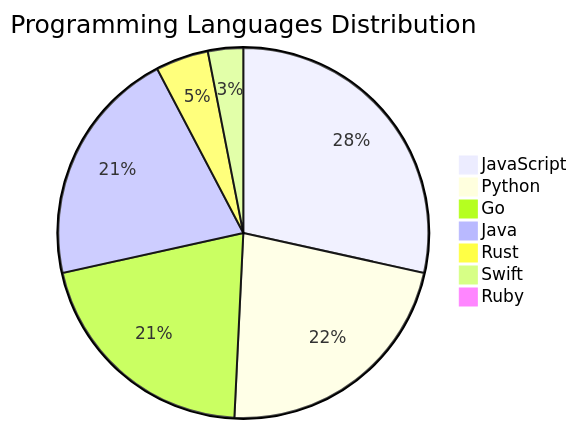
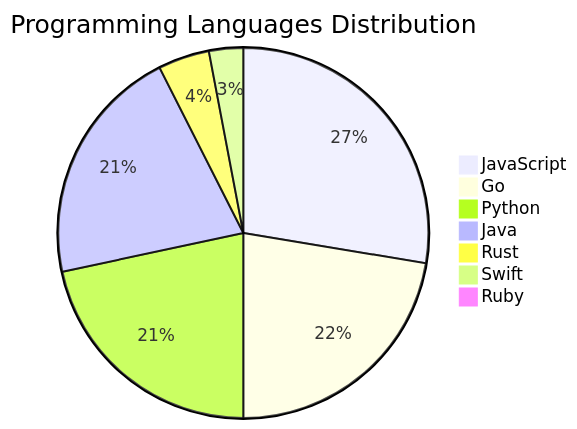
The diagram in README.md (Derrick-MUGISHA/github-activity-bot), drawn with Mermaid before and after one commit. The commit also changed other lines of this file and 4 other files, not shown here.

````diff
--- a/README.md
+++ b/README.md
@@ -207,10 +207,10 @@
 ```mermaid
 pie title Programming Languages Distribution
     "JavaScript" : 37
+    "Go" : 30
     "Python" : 29
-    "Go" : 27
-    "Java" : 27
+    "Java" : 28
     "Rust" : 6
     "Swift" : 4
     "Ruby" : 1
 ```
````
